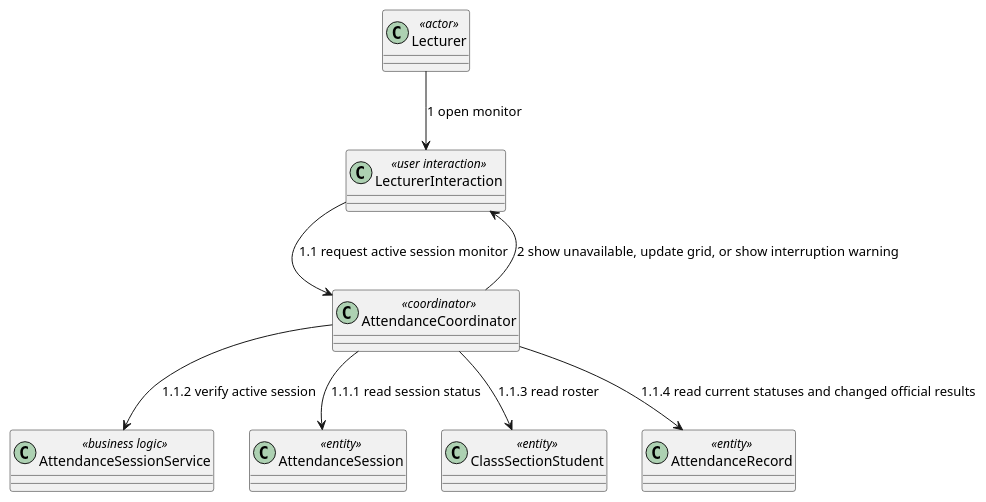
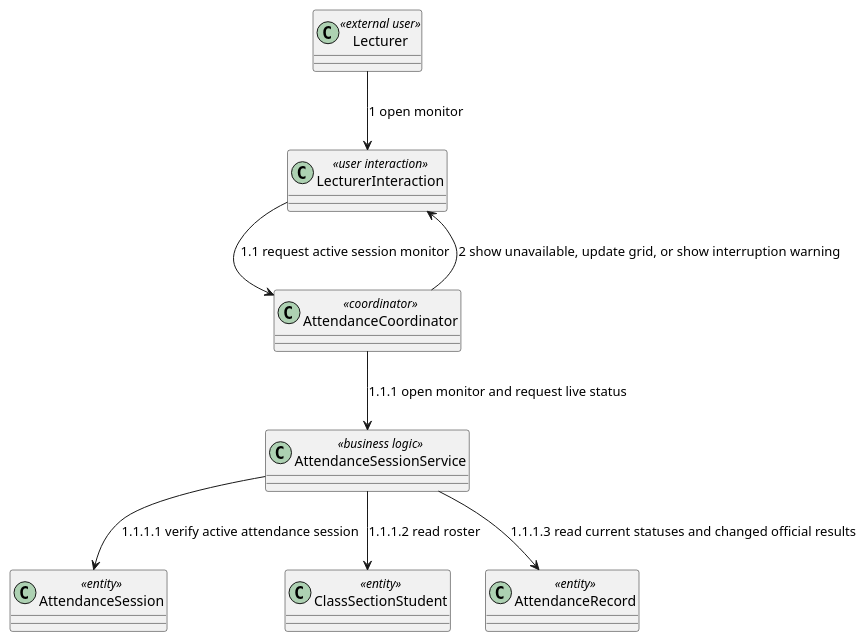
One commit to nttung42/SWD392 changed diagram 18 of 29 in docs/sds/2_Analysis.md. Above: the diagram before and after it, drawn with PlantUML. The commit also changed other lines of this file and 1 other file, not shown here.

````diff
--- a/docs/sds/2_Analysis.md
+++ b/docs/sds/2_Analysis.md
@@ -968,19 +1009,19 @@
 ```plantuml
 @startuml
-class "Lecturer" as Lecturer <<actor>>
+class "Lecturer" as Lecturer <<external user>>
 class "LecturerInteraction" as LecturerUI <<user interaction>>
 class "AttendanceCoordinator" as MonitorControl <<coordinator>>
 class "AttendanceSessionService" as SessionRules <<business logic>>
 class "AttendanceSession" as AttendanceSession <<entity>>
 class "ClassSectionStudent" as ClassSectionStudent <<entity>>
 class "AttendanceRecord" as AttendanceRecord <<entity>>
 
 Lecturer --> LecturerUI : 1 open monitor
 LecturerUI --> MonitorControl : 1.1 request active session monitor
-MonitorControl --> AttendanceSession : 1.1.1 read session status
-MonitorControl --> SessionRules : 1.1.2 verify active session
-MonitorControl --> ClassSectionStudent : 1.1.3 read roster
-MonitorControl --> AttendanceRecord : 1.1.4 read current statuses and changed official results
+MonitorControl --> SessionRules : 1.1.1 open monitor and request live status
+SessionRules --> AttendanceSession : 1.1.1.1 verify active attendance session
+SessionRules --> ClassSectionStudent : 1.1.1.2 read roster
+SessionRules --> AttendanceRecord : 1.1.1.3 read current statuses and changed official results
 MonitorControl --> LecturerUI : 2 show unavailable, update grid, or show interruption warning
 @enduml
 ```
````
